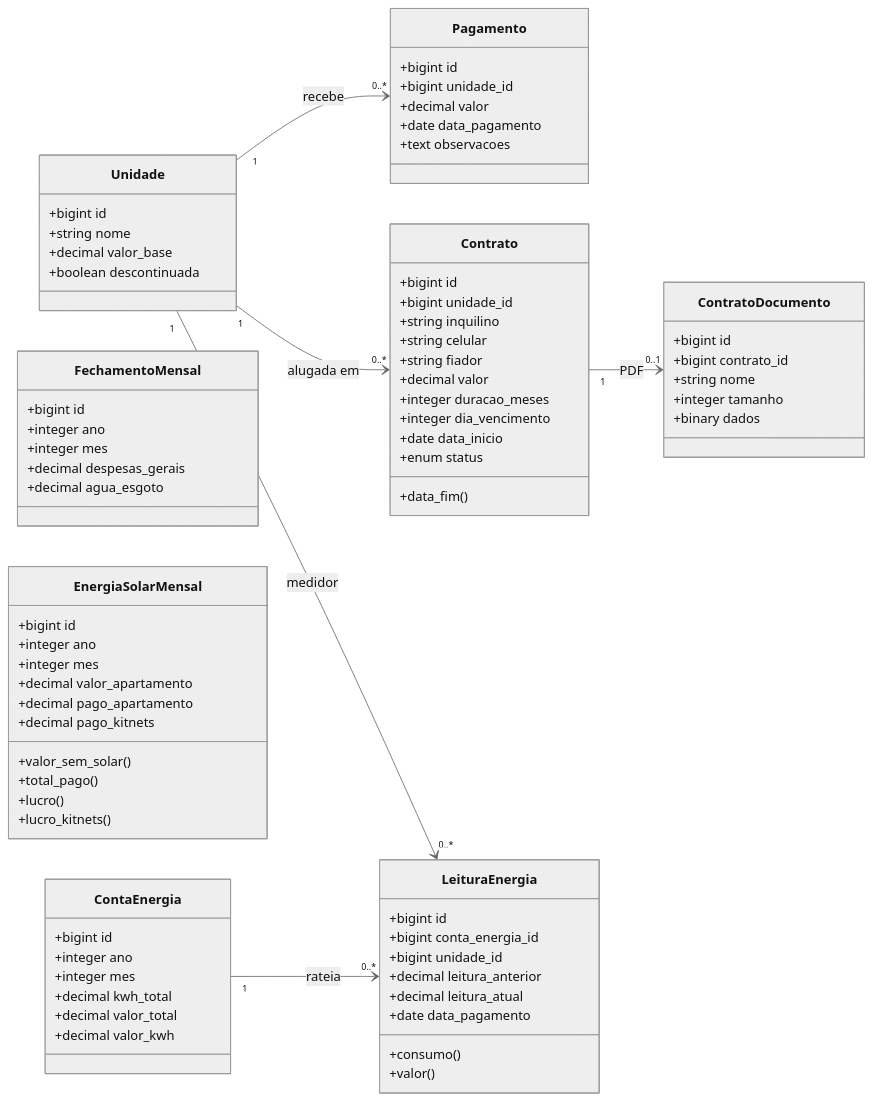
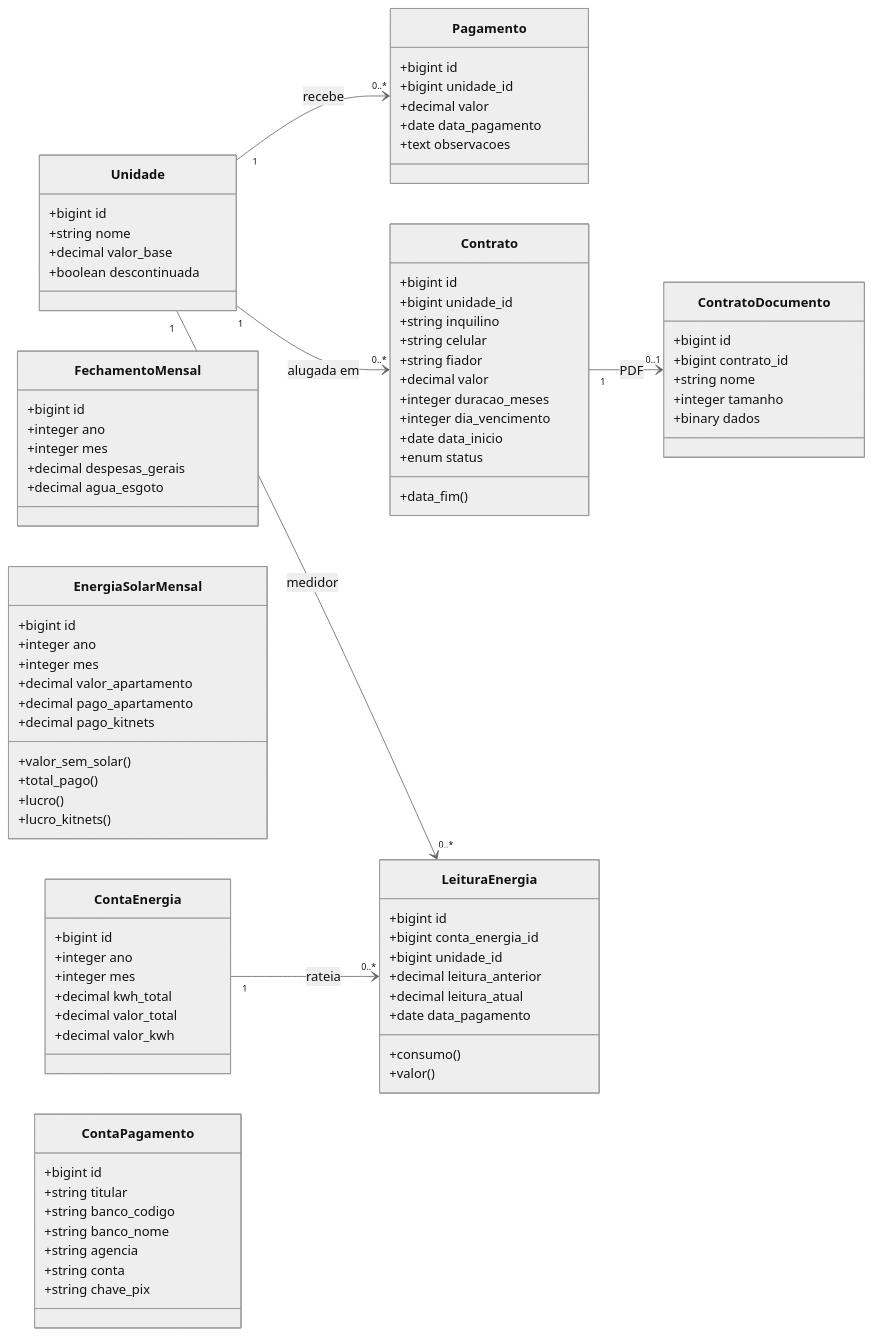
One commit to keandro/kitnet changed the diagram in README.md. Above: the diagram before and after it, drawn with Mermaid (neutral theme). The commit also changed other lines of this file and 16 other files, not shown here.

```diff
--- a/README.md
+++ b/README.md
@@ -128,6 +129,16 @@
         +valor()
     }
 
+    class ContaPagamento {
+        +bigint id
+        +string titular
+        +string banco_codigo
+        +string banco_nome
+        +string agencia
+        +string conta
+        +string chave_pix
+    }
+
     Unidade "1" --> "0..*" Pagamento : recebe
     Unidade "1" --> "0..*" Contrato : alugada em
     Contrato "1" --> "0..1" ContratoDocumento : PDF
```
